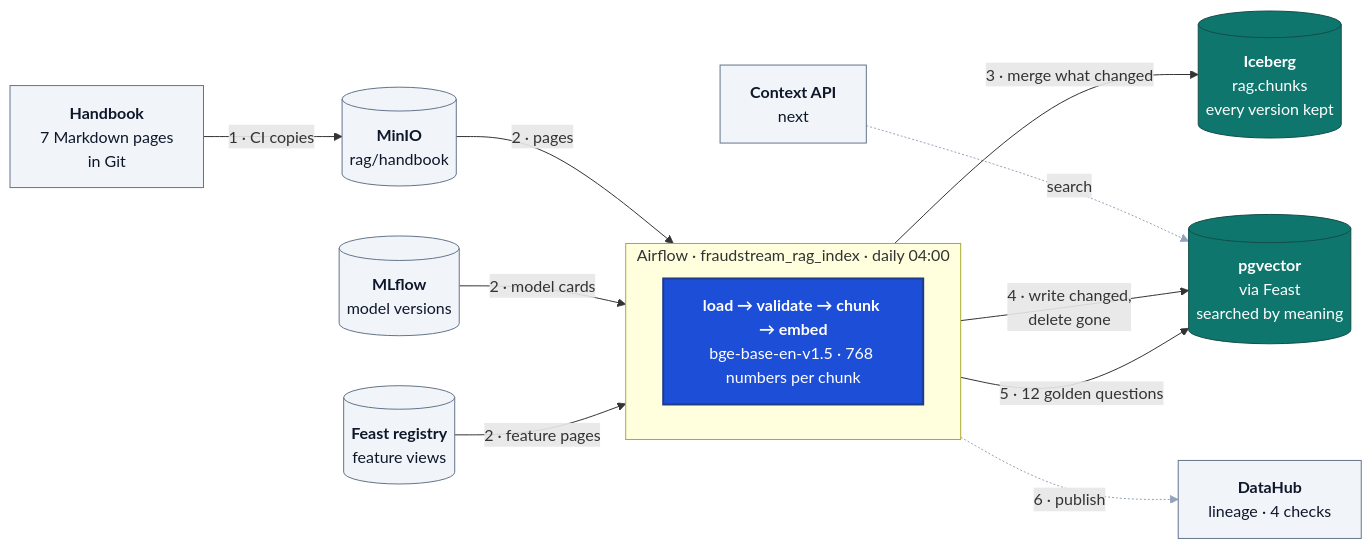
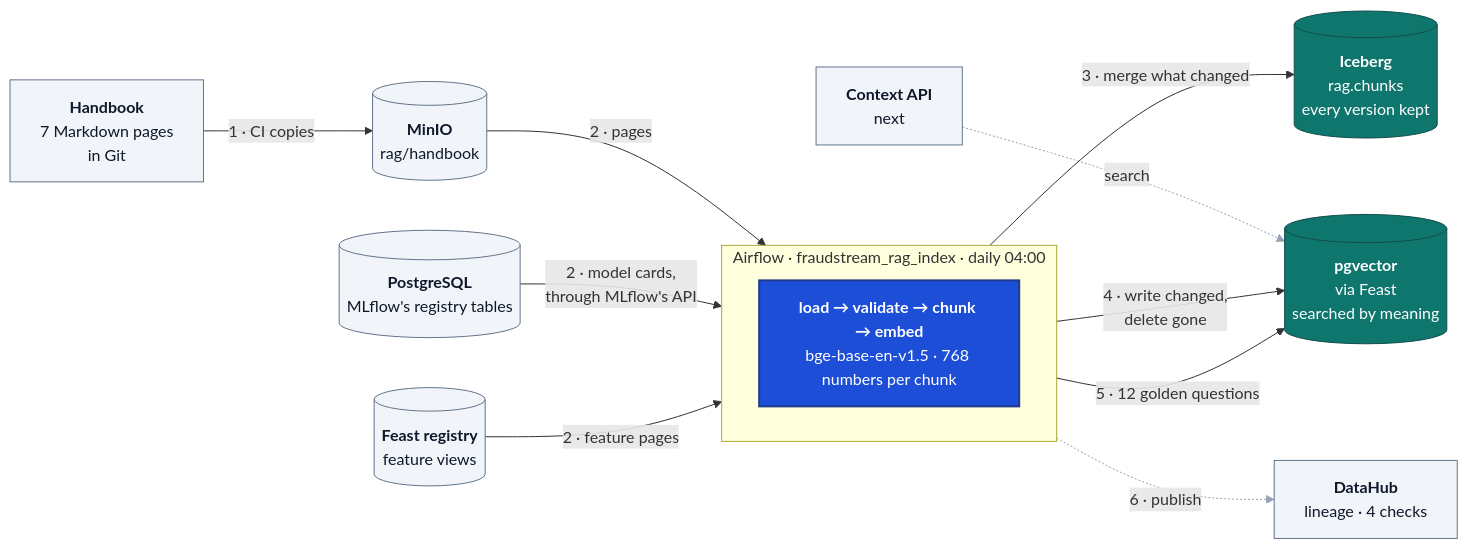
The diagram in docs/llm/30_rag_pipeline.md (hiendat04/fraudstream), drawn with Mermaid before and after one commit. The commit also changed other lines of this file and 3 other files, not shown here.

First line of the commit message:
docs(llm): show the LLM calls in order and the model cards' real source

````diff
--- a/docs/llm/30_rag_pipeline.md
+++ b/docs/llm/30_rag_pipeline.md
@@ -12,37 +12,37 @@
 ```mermaid
 flowchart LR
     GIT["<b>Handbook</b><br/>7 Markdown pages<br/>in Git"]
-    MLF[("<b>MLflow</b><br/>model versions")]
+    MLF[("<b>PostgreSQL</b><br/>MLflow's registry tables")]
     FR[("<b>Feast registry</b><br/>feature views")]
     MINIO[("<b>MinIO</b><br/>rag/handbook")]
 
     GIT -- "1 · CI copies" --> MINIO
 
     subgraph AF["Airflow · fraudstream_rag_index · daily 04:00"]
         direction LR
         DAG["<b>load → validate → chunk → embed</b><br/>bge-base-en-v1.5 · 768 numbers per chunk"]
     end
 
     MINIO -- "2 · pages" --> DAG
-    MLF -- "2 · model cards" --> DAG
+    MLF -- "2 · model cards,<br/>through MLflow's API" --> DAG
     FR -- "2 · feature pages" --> DAG
 
     ICE[("<b>Iceberg</b><br/>rag.chunks<br/>every version kept")]
     PG[("<b>pgvector</b><br/>via Feast<br/>searched by meaning")]
     DH["<b>DataHub</b><br/>lineage · 4 checks"]
     API["<b>Context API</b><br/>next"]
 
     DAG -- "3 · merge what changed" --> ICE
     DAG -- "4 · write changed,<br/>delete gone" --> PG
     DAG -- "5 · 12 golden questions" --> PG
     DAG -. "6 · publish" .-> DH
     API -. "search" .-> PG
 
     classDef key fill:#1d4ed8,stroke:#1e3a8a,stroke-width:2px,color:#ffffff
     classDef store fill:#0f766e,stroke:#134e4a,color:#ffffff
     classDef plain fill:#f1f5f9,stroke:#64748b,color:#0f172a
     class DAG key
     class ICE,PG store
     class GIT,MLF,FR,MINIO,DH,API plain
     linkStyle 7,8 stroke:#94a3b8
 ```
````
